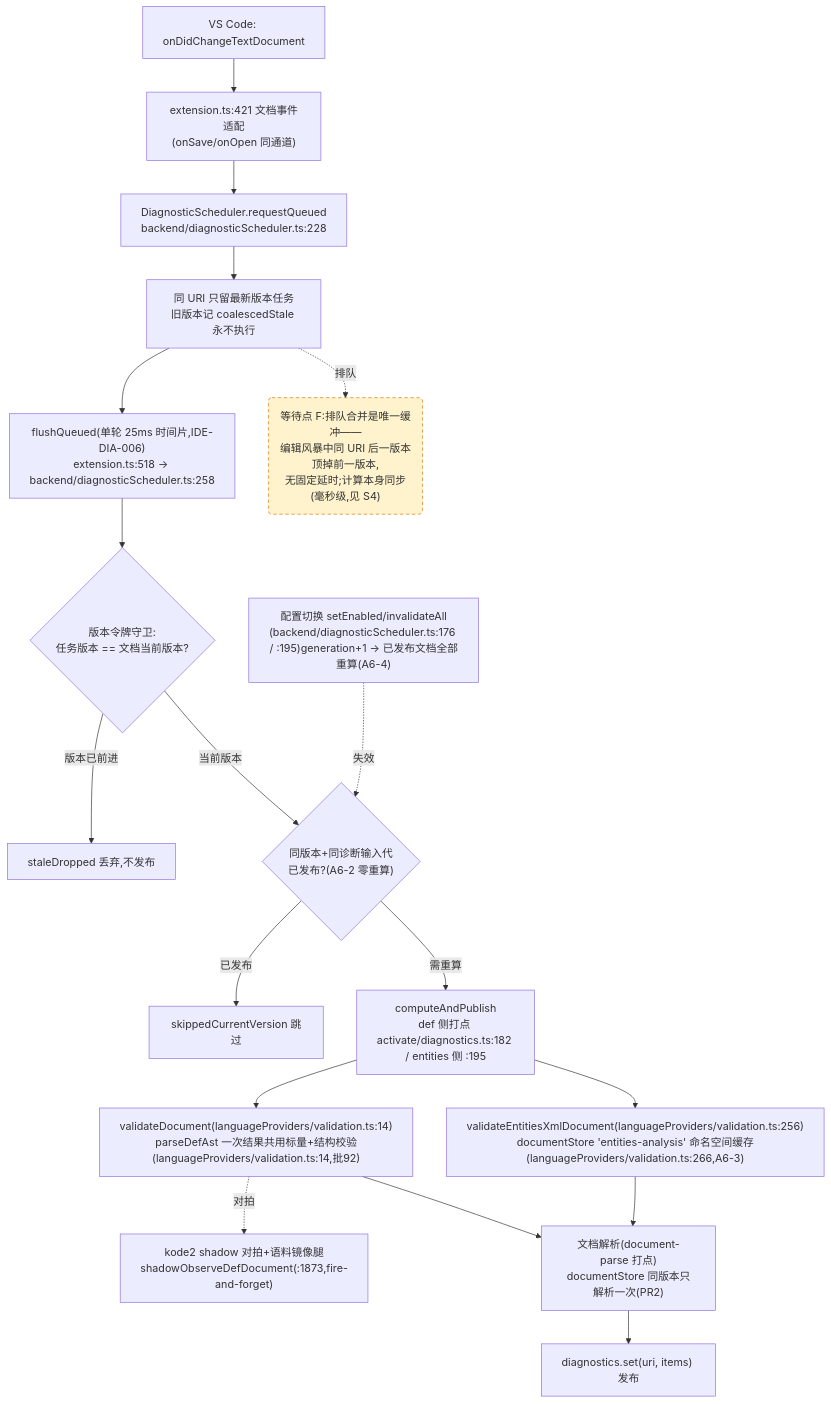
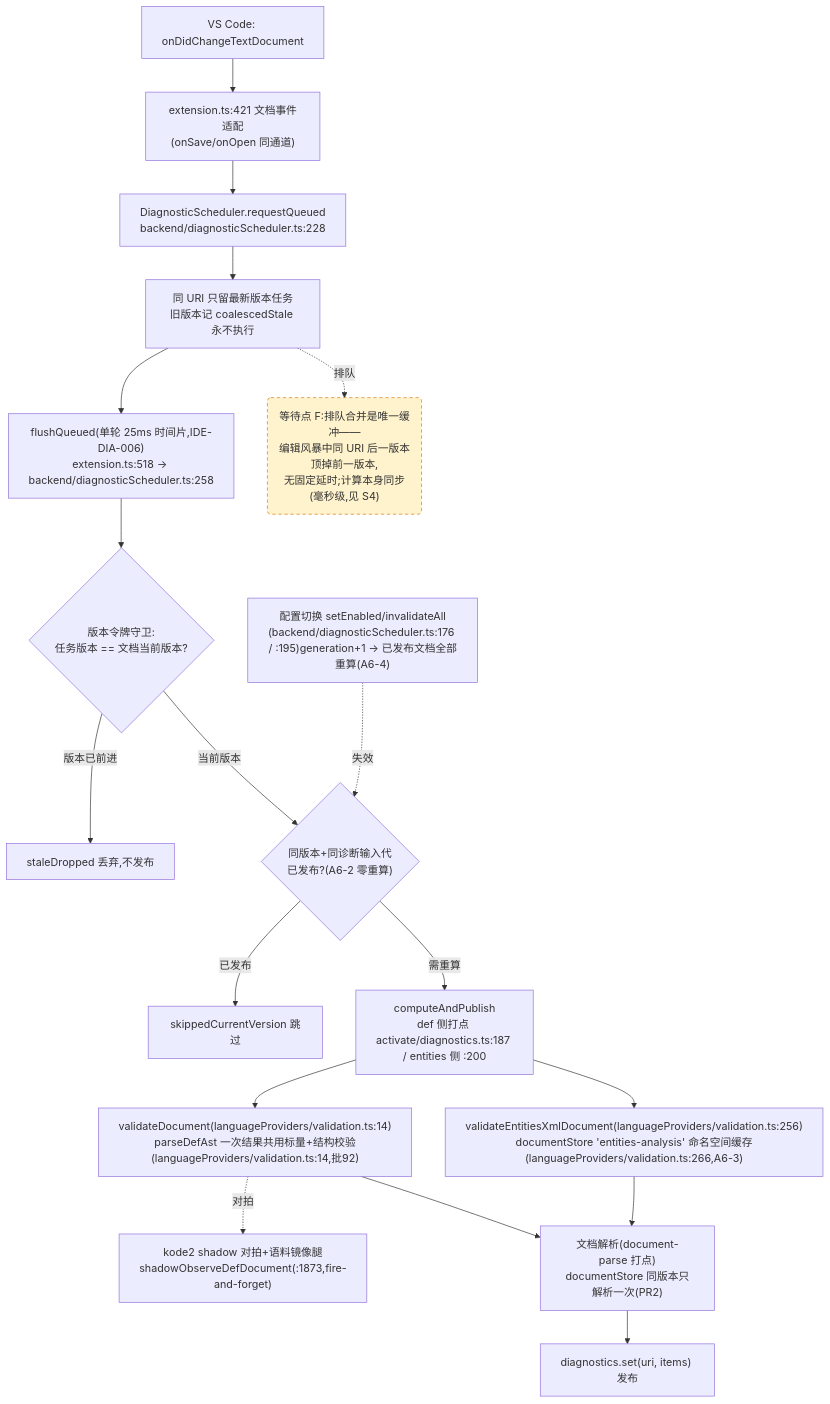
One commit to cuihairu/kode changed the fourth of 4 diagrams in docs/perf/2026-baseline.md. Above: the diagram before and after it, drawn with Mermaid. The commit also changed 11 other files, not shown here.

````diff
--- a/docs/perf/2026-baseline.md
+++ b/docs/perf/2026-baseline.md
@@ -219,38 +219,38 @@
 ```mermaid
 flowchart TD
   CHG["VS Code: onDidChangeTextDocument"]
   WATCH["extension.ts:421 文档事件适配<br/>(onSave/onOpen 同通道)"]
   RQ["DiagnosticScheduler.requestQueued<br/>backend/diagnosticScheduler.ts:228"]
   CO["同 URI 只留最新版本任务<br/>旧版本记 coalescedStale 永不执行"]
   FL["flushQueued(单轮 25ms 时间片,IDE-DIA-006)<br/>extension.ts:518 → backend/diagnosticScheduler.ts:258"]
   VG{"版本令牌守卫:<br/>任务版本 == 文档当前版本?"}
   DROP["staleDropped 丢弃,不发布"]
   GEN{"同版本+同诊断输入代<br/>已发布?(A6-2 零重算)"}
   SKIP["skippedCurrentVersion 跳过"]
-  CALC["computeAndPublish<br/>def 侧打点 activate/diagnostics.ts:182 / entities 侧 :195"]
+  CALC["computeAndPublish<br/>def 侧打点 activate/diagnostics.ts:187 / entities 侧 :200"]
   VD["validateDocument(languageProviders/validation.ts:14)<br/>parseDefAst 一次结果共用标量+结构校验(languageProviders/validation.ts:14,批92)"]
   VEX["validateEntitiesXmlDocument(languageProviders/validation.ts:256)<br/>documentStore 'entities-analysis' 命名空间缓存(languageProviders/validation.ts:266,A6-3)"]
   SHDD["kode2 shadow 对拍+语料镜像腿<br/>shadowObserveDefDocument(:1873,fire-and-forget)"]
   DS["文档解析(document-parse 打点)<br/>documentStore 同版本只解析一次(PR2)"]
   PUB["diagnostics.set(uri, items) 发布"]
   CFG2["配置切换 setEnabled/invalidateAll<br/>(backend/diagnosticScheduler.ts:176 / :195)generation+1 → 已发布文档全部重算(A6-4)"]
 
   CHG --> WATCH --> RQ --> CO --> FL --> VG
   VG -- "版本已前进" --> DROP
   VG -- "当前版本" --> GEN
   GEN -- "已发布" --> SKIP
   GEN -- "需重算" --> CALC
   CALC --> VD
   CALC --> VEX
   VD --> DS
   VEX --> DS
   DS --> PUB
   VD -.->|对拍| SHDD
   CFG2 -.->|失效| GEN
 
   WAITF("等待点 F:排队合并是唯一缓冲——<br/>编辑风暴中同 URI 后一版本顶掉前一版本,<br/>无固定延时;计算本身同步(毫秒级,见 S4)")
   CO -.->|排队| WAITF
 
   classDef waitPoint fill:#fff3cd,stroke:#d97706,stroke-dasharray:5 4;
   class WAITF waitPoint;
 ```
````
